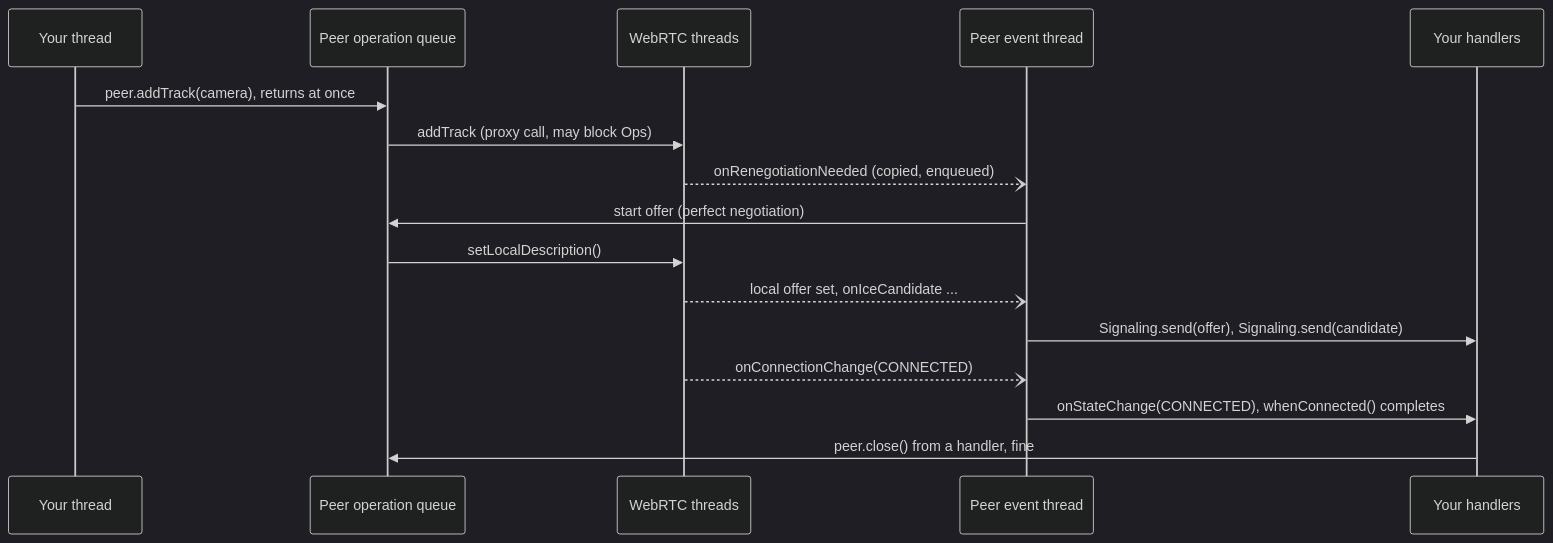
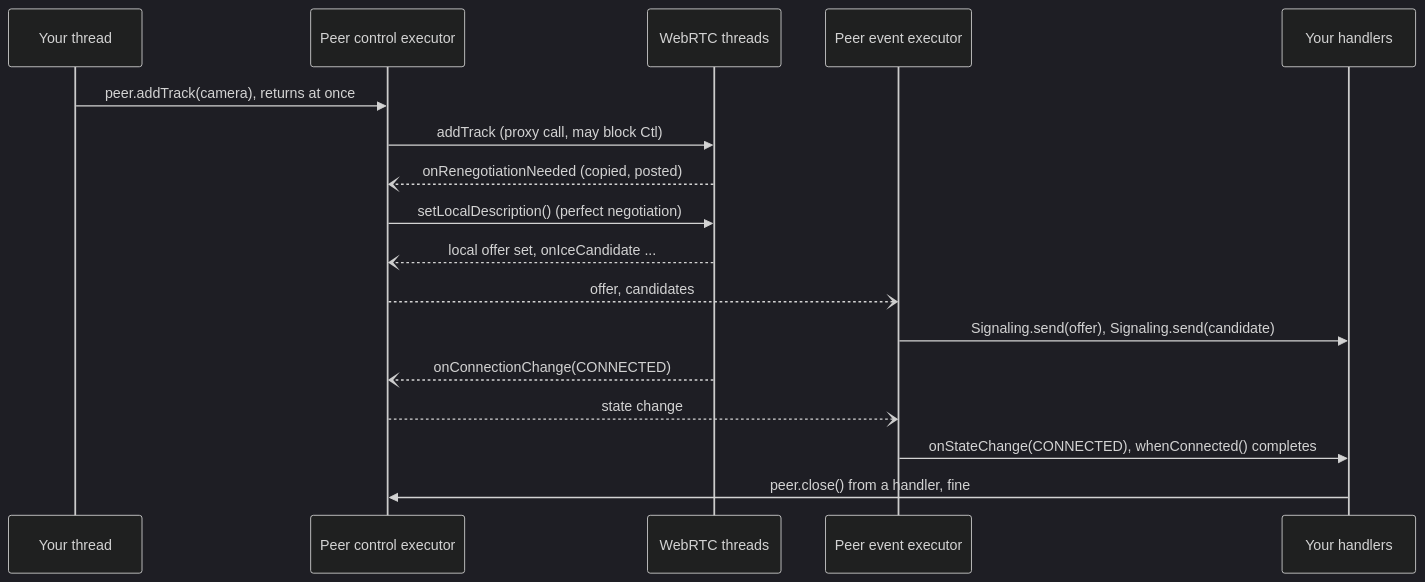
The diagram in design/client-api.md (devopvoid/webrtc-java), drawn with Mermaid (dark theme) before and after one commit. The commit also changed other lines of this file and 4 other files, not shown here.

````diff
--- a/design/client-api.md
+++ b/design/client-api.md
@@ -131,18 +134,19 @@
 ```mermaid
 sequenceDiagram
     participant App as Your thread
-    participant Ops as Peer operation queue
+    participant Ctl as Peer control executor
     participant RTC as WebRTC threads
-    participant Ev as Peer event thread
+    participant Ev as Peer event executor
     participant H as Your handlers
-    App->>Ops: peer.addTrack(camera), returns at once
-    Ops->>RTC: addTrack (proxy call, may block Ops)
-    RTC--)Ev: onRenegotiationNeeded (copied, enqueued)
-    Ev->>Ops: start offer (perfect negotiation)
-    Ops->>RTC: setLocalDescription()
-    RTC--)Ev: local offer set, onIceCandidate ...
+    App->>Ctl: peer.addTrack(camera), returns at once
+    Ctl->>RTC: addTrack (proxy call, may block Ctl)
+    RTC--)Ctl: onRenegotiationNeeded (copied, posted)
+    Ctl->>RTC: setLocalDescription() (perfect negotiation)
+    RTC--)Ctl: local offer set, onIceCandidate ...
+    Ctl--)Ev: offer, candidates
     Ev->>H: Signaling.send(offer), Signaling.send(candidate)
-    RTC--)Ev: onConnectionChange(CONNECTED)
+    RTC--)Ctl: onConnectionChange(CONNECTED)
+    Ctl--)Ev: state change
     Ev->>H: onStateChange(CONNECTED), whenConnected() completes
-    H->>Ops: peer.close() from a handler, fine
+    H->>Ctl: peer.close() from a handler, fine
 ```
````
